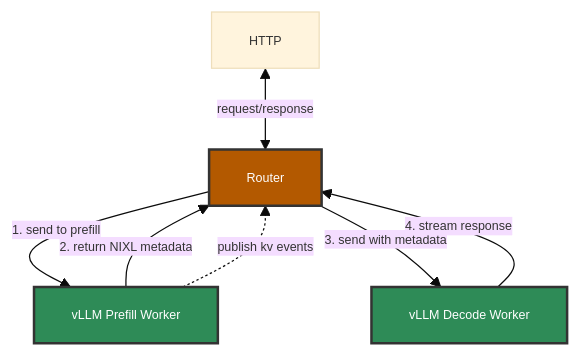
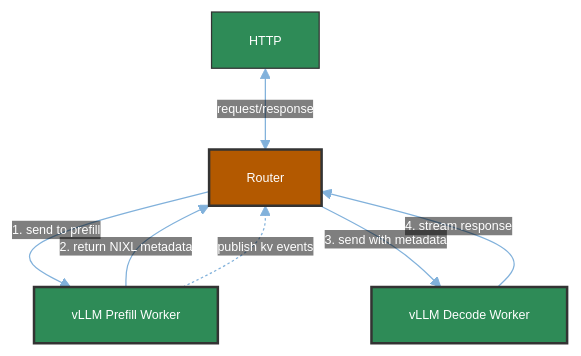
The diagram in docs/backends/vllm/README.md (ai-dynamo/dynamo), drawn with Mermaid before and after one commit.

Commit message:
arrow color

````diff
--- a/docs/backends/vllm/README.md
+++ b/docs/backends/vllm/README.md
@@ -89,27 +89,27 @@
 ```mermaid
-%%{init: {'theme':'base', 'themeVariables': { 'fontSize':'10px'}}}%%
+%%{init: {'theme':'base', 'themeVariables': { 'fontSize':'10px', 'primaryColor':'#2e8b57', 'primaryTextColor':'#fff', 'primaryBorderColor':'#333', 'lineColor':'#81b1db', 'secondaryColor':'#b35900', 'tertiaryColor':'#808080', 'edgeLabelBackground':'transparent'}}}%%
 graph TD
     %% Node Definitions with custom shapes
     HTTP[HTTP]
     ROUTER[Router]
     PREFILL[vLLM Prefill Worker]
     DECODE[vLLM Decode Worker]
 
     %% Class Definitions for color
     classDef worker_style fill:#2e8b57,stroke:#333,stroke-width:2px,color:#fff;
     classDef router_style fill:#b35900,stroke:#333,stroke-width:2px,color:#fff;
 
     %% Applying classes to nodes
     class PREFILL,DECODE worker_style
     class ROUTER router_style
 
     %% Request/Response flow
     HTTP <--> |"request/response"| ROUTER
     ROUTER --> |"1. send to prefill"| PREFILL
     PREFILL --> |"2. return NIXL metadata"| ROUTER
     ROUTER --> |"3. send with metadata"| DECODE
     DECODE --> |"4. stream response"| ROUTER
 
     %% KV Events publishing
     PREFILL -.-> |"publish kv events"| ROUTER
 ```
````
